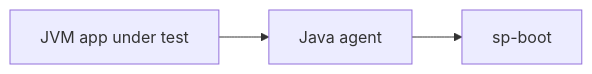
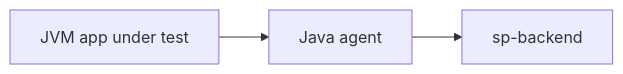
The diagram in en/testing/index.md (softprobe/document-website), drawn with Mermaid before and after one commit. The commit also changed other lines of this file and 26 other files, not shown here.

````diff
--- a/en/testing/index.md
+++ b/en/testing/index.md
@@ -42,8 +42,8 @@
 ```mermaid
 flowchart LR
   App[JVM app under test]
   Agent[Java agent]
-  Backend[sp-boot]
+  Backend[sp-backend]
   App --> Agent
   Agent --> Backend
 ```
````
